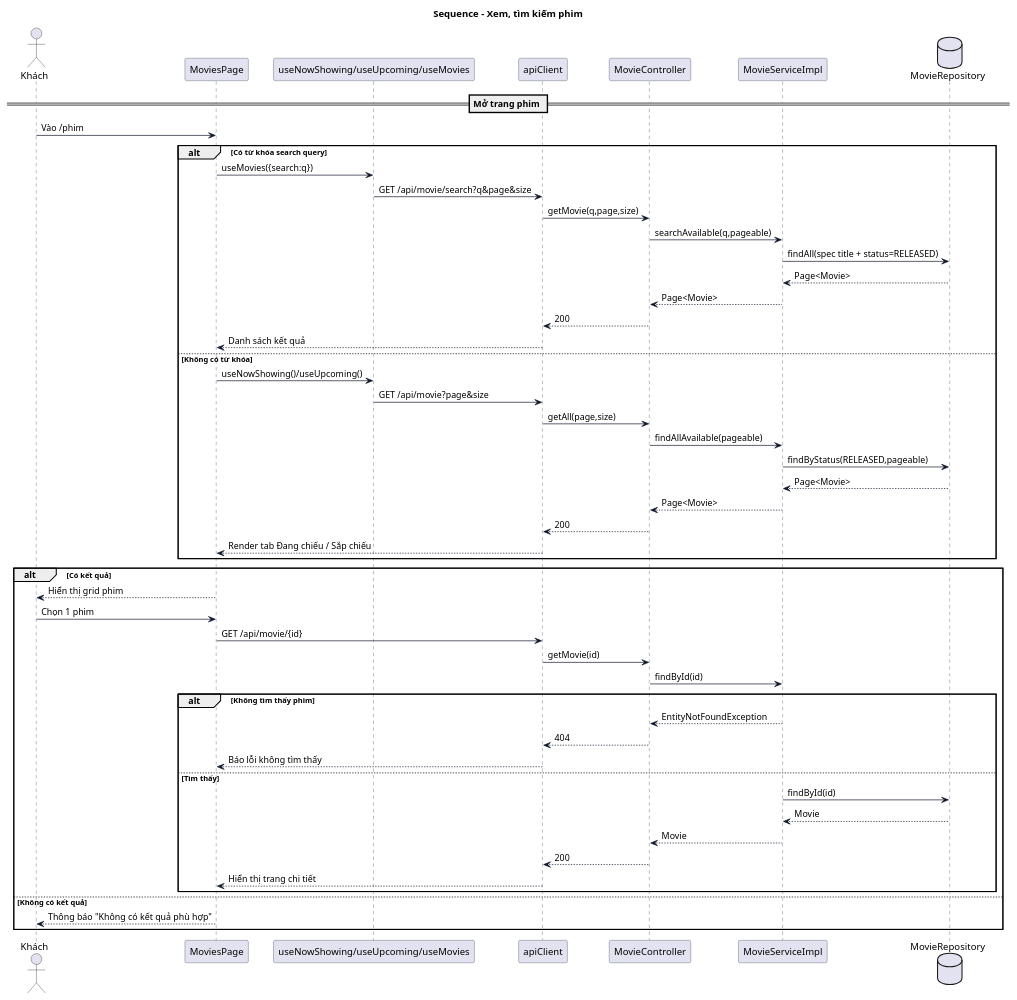
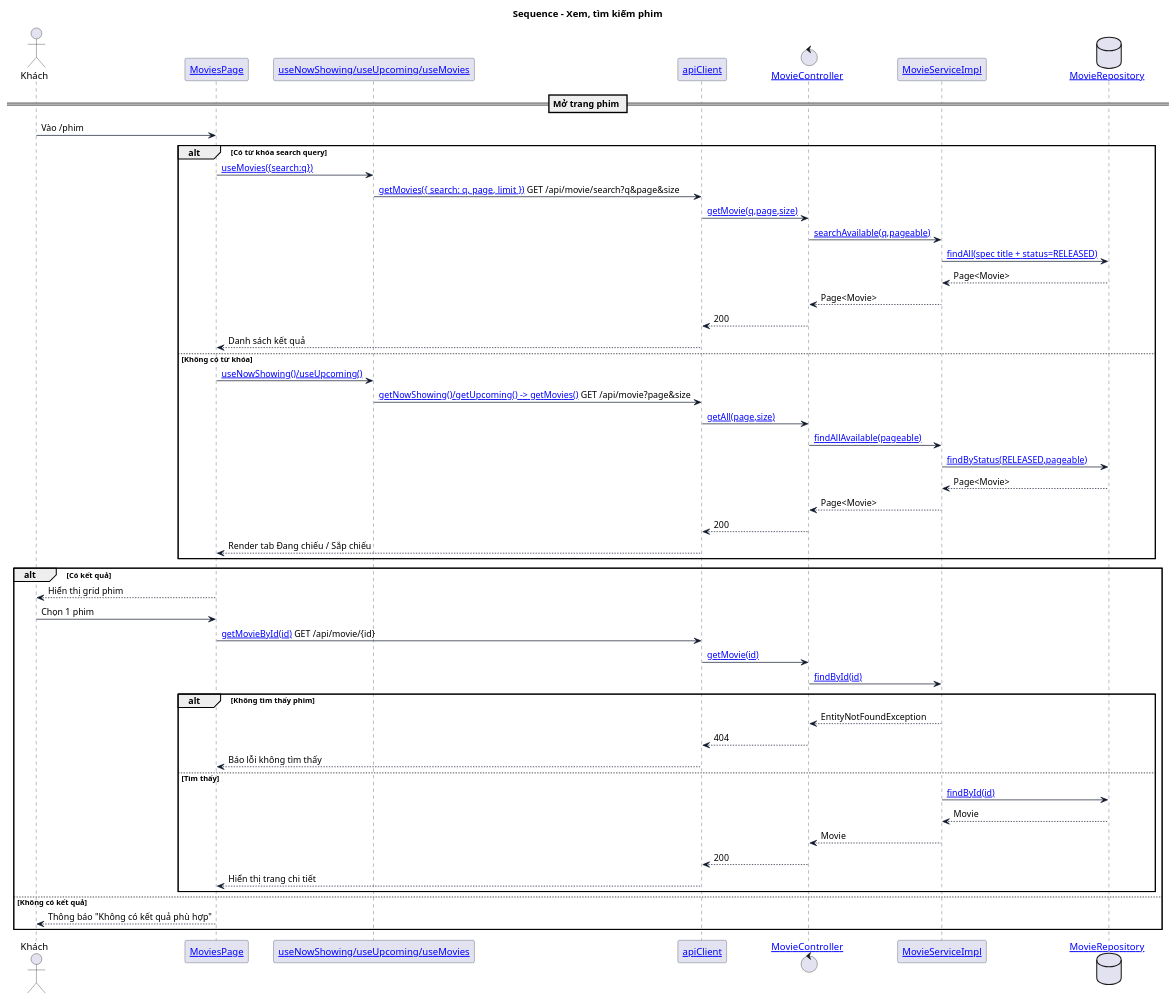
Before and after one commit to minhat5/MeCinema: the diagram in uml/sequence/sequence-search-movies.puml, drawn with PlantUML. The commit also changed 21 other files, not shown here.

Commit message:
add link to file in uml

```diff
--- a/uml/sequence/sequence-search-movies.puml
+++ b/uml/sequence/sequence-search-movies.puml
@@ -1,64 +1,64 @@
 @startuml
 skinparam shadowing false
 skinparam sequence {
   ArrowColor #0F172A
   LifeLineBorderColor #334155
   LifeLineBackgroundColor #F8FAFC
   ParticipantBorderColor #334155
 }
 
 title Sequence - Xem, tìm kiếm phim
 
 actor Guest as "Khách"
-participant UI as "MoviesPage"
-participant Hook as "useNowShowing/useUpcoming/useMovies"
-participant API as "apiClient"
-participant Ctl as "MovieController"
-participant Svc as "MovieServiceImpl"
-database Repo as "MovieRepository"
+participant UI as "[[../../client/src/features/movies/pages/MoviesPage.tsx MoviesPage]]"
+participant Hook as "[[../../client/src/features/movies/hooks/useMovies.ts useNowShowing/useUpcoming/useMovies]]"
+participant API as "[[../../client/src/lib/api-client.ts apiClient]]"
+control Ctl as "[[../../src/main/java/com/mecinema/mecinema/controller/movie/MovieController.java MovieController]]"
+participant Svc as "[[../../src/main/java/com/mecinema/mecinema/service/impl/MovieServiceImpl.java MovieServiceImpl]]"
+database Repo as "[[../../src/main/java/com/mecinema/mecinema/repo/MovieRepository.java MovieRepository]]"
 
 == Mở trang phim ==
 Guest -> UI: Vào /phim
 alt Có từ khóa search query
-  UI -> Hook: useMovies({search:q})
-  Hook -> API: GET /api/movie/search?q&page&size
-  API -> Ctl: getMovie(q,page,size)
-  Ctl -> Svc: searchAvailable(q,pageable)
-  Svc -> Repo: findAll(spec title + status=RELEASED)
+  UI -> Hook: [[../../client/src/features/movies/hooks/useMovies.ts useMovies({search:q})]]
+  Hook -> API: [[../../client/src/features/movies/services/movies.service.ts getMovies({ search: q, page, limit })]] GET /api/movie/search?q&page&size
+  API -> Ctl: [[../../src/main/java/com/mecinema/mecinema/controller/movie/MovieController.java#L39 getMovie(q,page,size)]]
+  Ctl -> Svc: [[../../src/main/java/com/mecinema/mecinema/service/MovieService.java searchAvailable(q,pageable)]]
+  Svc -> Repo: [[../../src/main/java/com/mecinema/mecinema/repo/MovieRepository.java findAll(spec title + status=RELEASED)]]
   Repo --> Svc: Page<Movie>
   Svc --> Ctl: Page<Movie>
   Ctl --> API: 200
   API --> UI: Danh sách kết quả
 else Không có từ khóa
-  UI -> Hook: useNowShowing()/useUpcoming()
-  Hook -> API: GET /api/movie?page&size
-  API -> Ctl: getAll(page,size)
-  Ctl -> Svc: findAllAvailable(pageable)
-  Svc -> Repo: findByStatus(RELEASED,pageable)
+  UI -> Hook: [[../../client/src/features/movies/hooks/useMovies.ts useNowShowing()/useUpcoming()]]
+  Hook -> API: [[../../client/src/features/movies/services/movies.service.ts getNowShowing()/getUpcoming() -> getMovies()]] GET /api/movie?page&size
+  API -> Ctl: [[../../src/main/java/com/mecinema/mecinema/controller/movie/MovieController.java#L19 getAll(page,size)]]
+  Ctl -> Svc: [[../../src/main/java/com/mecinema/mecinema/service/MovieService.java findAllAvailable(pageable)]]
+  Svc -> Repo: [[../../src/main/java/com/mecinema/mecinema/repo/MovieRepository.java findByStatus(RELEASED,pageable)]]
   Repo --> Svc: Page<Movie>
   Svc --> Ctl: Page<Movie>
   Ctl --> API: 200
   API --> UI: Render tab Đang chiếu / Sắp chiếu
 end
 
 alt Có kết quả
   UI --> Guest: Hiển thị grid phim
   Guest -> UI: Chọn 1 phim
-  UI -> API: GET /api/movie/{id}
-  API -> Ctl: getMovie(id)
-  Ctl -> Svc: findById(id)
+  UI -> API: [[../../client/src/features/movies/services/movies.service.ts getMovieById(id)]] GET /api/movie/{id}
+  API -> Ctl: [[../../src/main/java/com/mecinema/mecinema/controller/movie/MovieController.java#L28 getMovie(id)]]
+  Ctl -> Svc: [[../../src/main/java/com/mecinema/mecinema/service/MovieService.java findById(id)]]
   alt Không tìm thấy phim
     Svc --> Ctl: EntityNotFoundException
     Ctl --> API: 404
     API --> UI: Báo lỗi không tìm thấy
   else Tìm thấy
-    Svc -> Repo: findById(id)
+    Svc -> Repo: [[../../src/main/java/com/mecinema/mecinema/repo/MovieRepository.java findById(id)]]
     Repo --> Svc: Movie
     Svc --> Ctl: Movie
     Ctl --> API: 200
     API --> UI: Hiển thị trang chi tiết
   end
 else Không có kết quả
   UI --> Guest: Thông báo "Không có kết quả phù hợp"
 end
 @enduml
```
